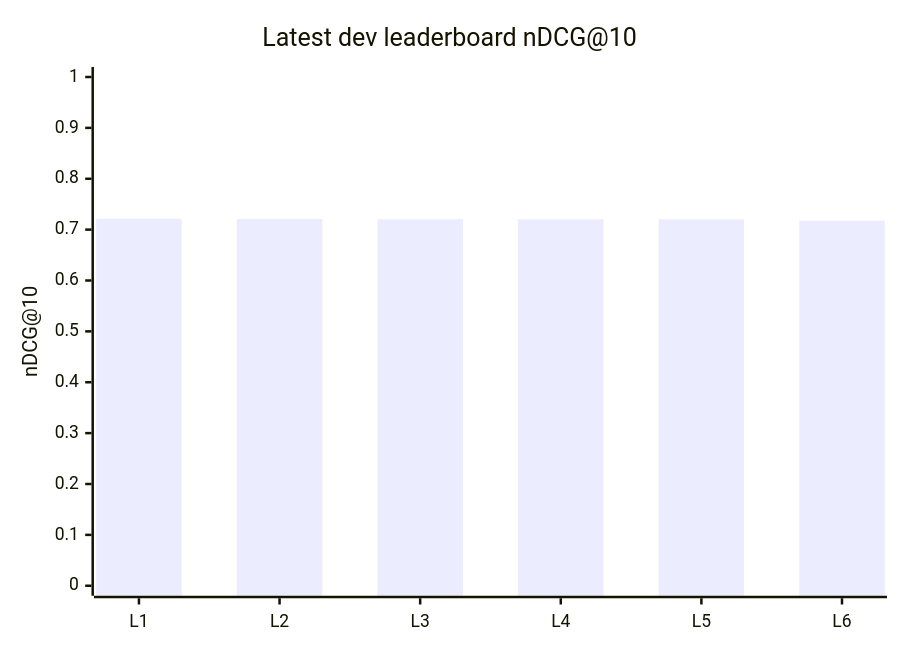
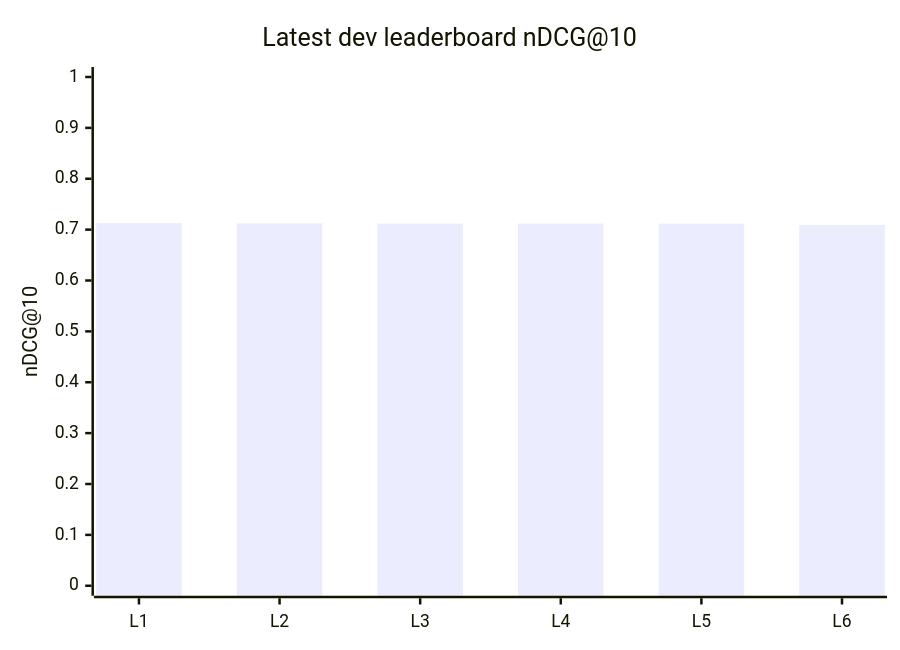
The second of 3 diagrams in docs/06-charts.md (sidagarwal-labs/arxiv-search), drawn with Mermaid before and after one commit. The commit also changed other lines of this file and 8 other files, not shown here.

First line of the commit message:
Split results into Stage 1/Stage 2 progress sections; add reranker to charts

````diff
--- a/docs/06-charts.md
+++ b/docs/06-charts.md
@@ -35,7 +36,7 @@
 ```mermaid
 xychart-beta
     title "Latest dev leaderboard nDCG@10"
     x-axis [L1, L2, L3, L4, L5, L6]
     y-axis "nDCG@10" 0 --> 1
-    bar [0.7214, 0.7210, 0.7204, 0.7204, 0.7202, 0.7176]
+    bar [0.7128, 0.7123, 0.7119, 0.7119, 0.7118, 0.7092]
 ```
````
